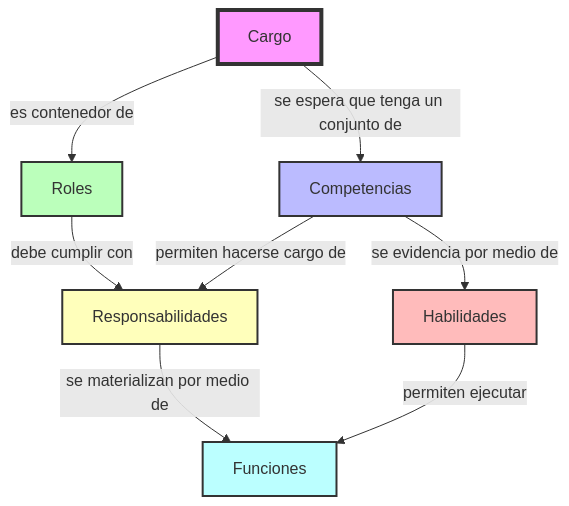
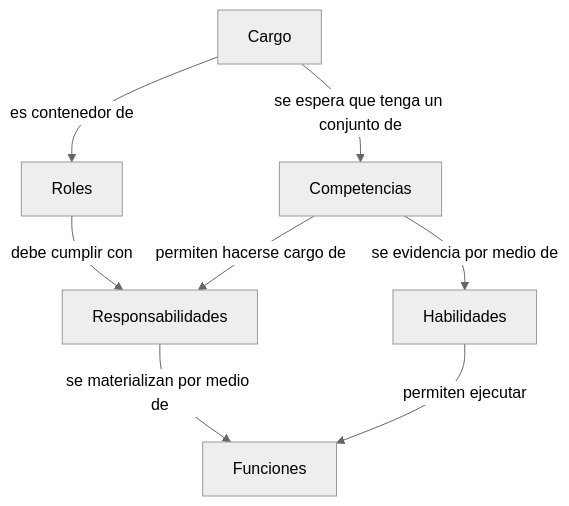
One commit to 23people-io/the-handbook changed the diagram in docs/insights/conceptos-organizacionales.md. Above: the diagram before and after it, drawn with Mermaid. The commit also changed 1 other file, not shown here.

````diff
--- a/docs/insights/conceptos-organizacionales.md
+++ b/docs/insights/conceptos-organizacionales.md
@@ -24,19 +24,15 @@
 ```mermaid
+%%{init: {'theme':'neutral'}}%%
 graph TB
     CARGO[Cargo] -->|se espera que tenga un conjunto de| COMP[Competencias]
     CARGO --> |es contenedor de| ROL[Roles]
     
     COMP -->|se evidencia por medio de| HAB[Habilidades]
     ROL -->|debe cumplir con| RESP[Responsabilidades]
     RESP -->|se materializan por medio de| FUNC[Funciones]
     
     COMP -->|permiten hacerse cargo de| RESP
     HAB -->|permiten ejecutar| FUNC
 
-    style CARGO fill:#f9f,stroke:#333,stroke-width:4px
-    style COMP fill:#bbf,stroke:#333,stroke-width:2px
-    style HAB fill:#fbb,stroke:#333,stroke-width:2px
-    style ROL fill:#bfb,stroke:#333,stroke-width:2px
-    style RESP fill:#ffb,stroke:#333,stroke-width:2px
-    style FUNC fill:#bff,stroke:#333,stroke-width:2px
+    
 ```
````
